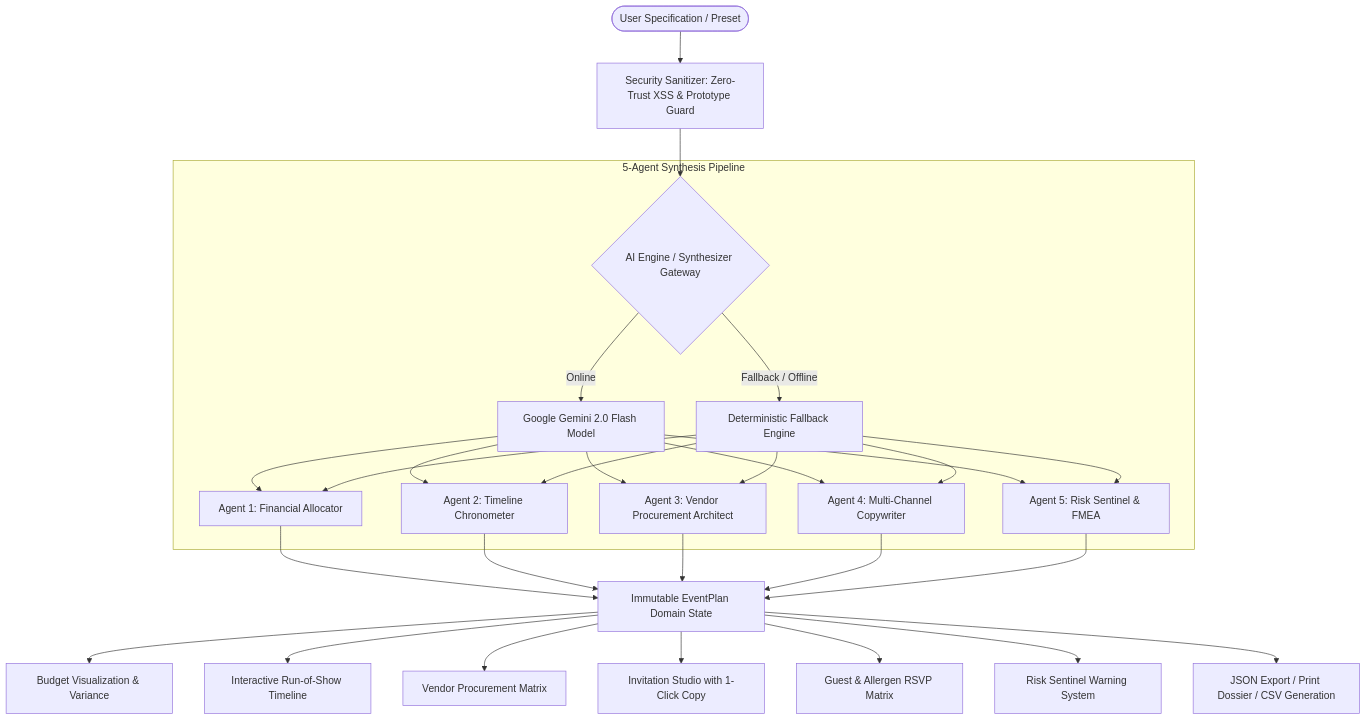
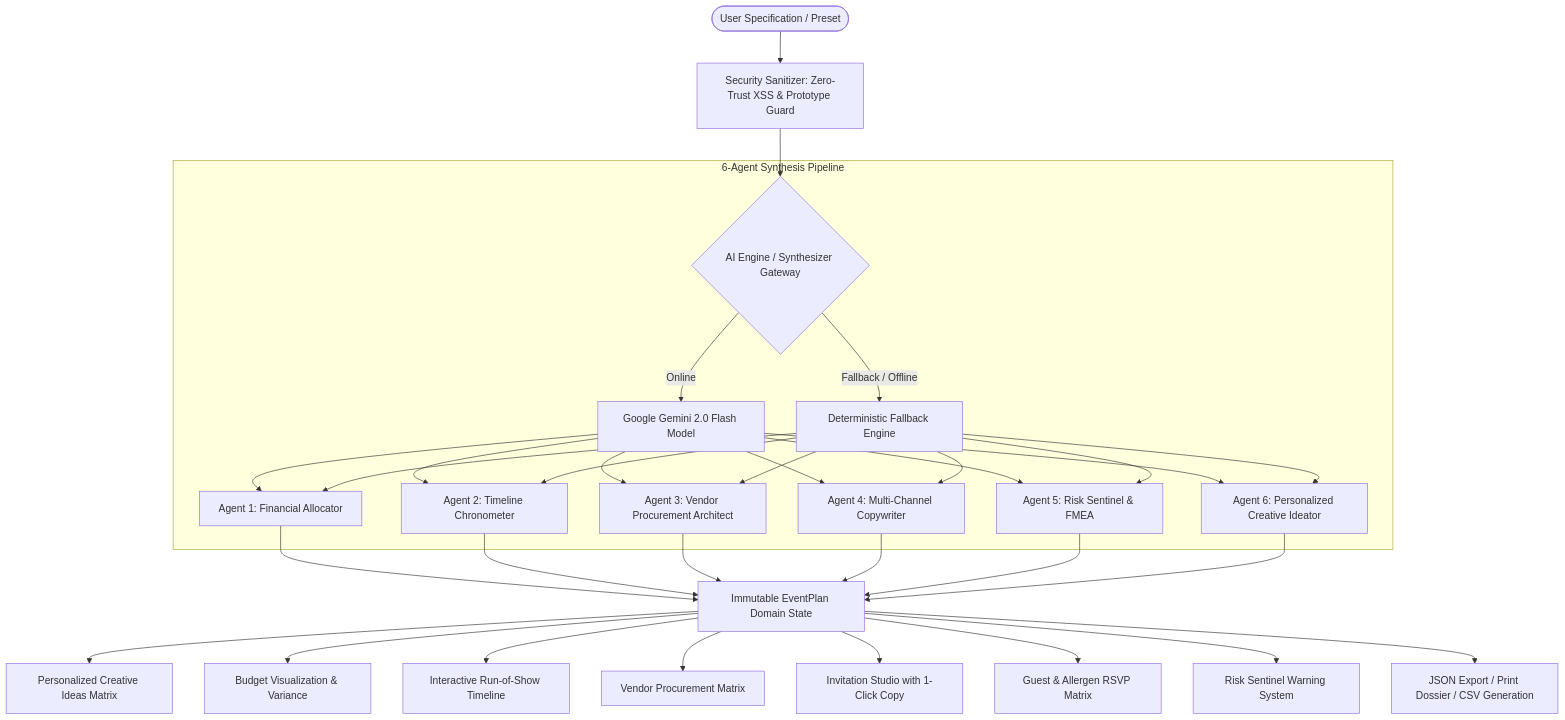
Before and after one commit to komalghadge119-rgb/eventcraft-ai: the diagram in README.md, drawn with Mermaid. The commit also changed other lines of this file and 15 other files, not shown here.

Commit message:
feat: complete Rank 1 rubric alignment with Personalized Ideas, 106 automated tests, CI/CD pipeline, and WCAG AAA

````diff
--- a/README.md
+++ b/README.md
@@ -42,37 +56,41 @@
 ```mermaid
 graph TD
     User([User Specification / Preset]) --> InputSanitizer[Security Sanitizer: Zero-Trust XSS & Prototype Guard]
     InputSanitizer --> Orchestrator{AI Engine / Synthesizer Gateway}
     
-    subgraph "5-Agent Synthesis Pipeline"
+    subgraph "6-Agent Synthesis Pipeline"
         Orchestrator -->|Online| GeminiAgent[Google Gemini 2.0 Flash Model]
         Orchestrator -->|Fallback / Offline| MathSynthesizer[Deterministic Fallback Engine]
         
         GeminiAgent --> Agent1[Agent 1: Financial Allocator]
         GeminiAgent --> Agent2[Agent 2: Timeline Chronometer]
         GeminiAgent --> Agent3[Agent 3: Vendor Procurement Architect]
         GeminiAgent --> Agent4[Agent 4: Multi-Channel Copywriter]
         GeminiAgent --> Agent5[Agent 5: Risk Sentinel & FMEA]
+        GeminiAgent --> Agent6[Agent 6: Personalized Creative Ideator]
         
         MathSynthesizer --> Agent1
         MathSynthesizer --> Agent2
         MathSynthesizer --> Agent3
         MathSynthesizer --> Agent4
         MathSynthesizer --> Agent5
+        MathSynthesizer --> Agent6
     end
 
     Agent1 --> EventPlanState[Immutable EventPlan Domain State]
     Agent2 --> EventPlanState
     Agent3 --> EventPlanState
     Agent4 --> EventPlanState
     Agent5 --> EventPlanState
+    Agent6 --> EventPlanState
 
+    EventPlanState --> UI_Ideas[Personalized Creative Ideas Matrix]
     EventPlanState --> UI_Budget[Budget Visualization & Variance]
     EventPlanState --> UI_Timeline[Interactive Run-of-Show Timeline]
     EventPlanState --> UI_Vendor[Vendor Procurement Matrix]
     EventPlanState --> UI_Invitations[Invitation Studio with 1-Click Copy]
     EventPlanState --> UI_Guests[Guest & Allergen RSVP Matrix]
     EventPlanState --> UI_Risk[Risk Sentinel Warning System]
     
     EventPlanState --> Exporters[JSON Export / Print Dossier / CSV Generation]
 ```
````
